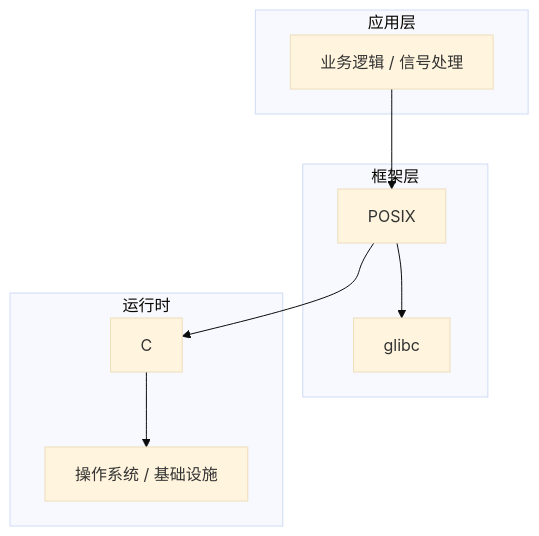
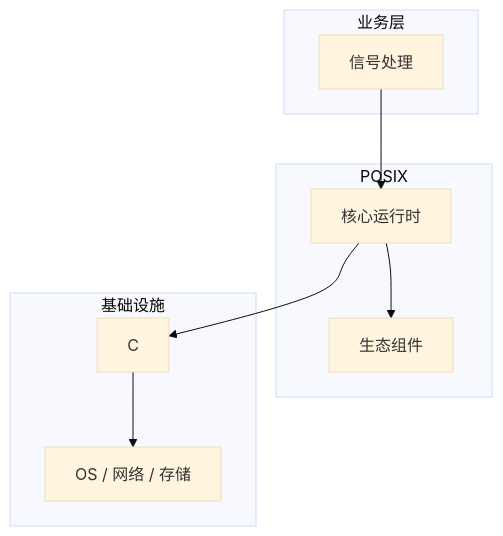
The diagram in articles/Linux系统编程/chapters/025-信号处理核心概念与原理.md (yanggan2015/knowledge-json-v2), drawn with Mermaid (base theme) before and after one commit. The commit also changed other lines of this file and 10127 other files, not shown here.

````diff
--- a/articles/Linux系统编程/chapters/025-信号处理核心概念与原理.md
+++ b/articles/Linux系统编程/chapters/025-信号处理核心概念与原理.md
@@ -45,18 +34,18 @@
 ```mermaid
 graph TB
-    subgraph 应用层
-        A[业务逻辑 / 信号处理]
+    subgraph 业务层
+        A[信号处理]
     end
-    subgraph 框架层
-        B[POSIX]
-        C[glibc]
+    subgraph POSIX
+        B[核心运行时]
+        C[生态组件]
     end
-    subgraph 运行时
+    subgraph 基础设施
         D[C]
-        E[操作系统 / 基础设施]
+        E[OS / 网络 / 存储]
     end
     A --> B
     B --> C
     B --> D
     D --> E
 ```
````
